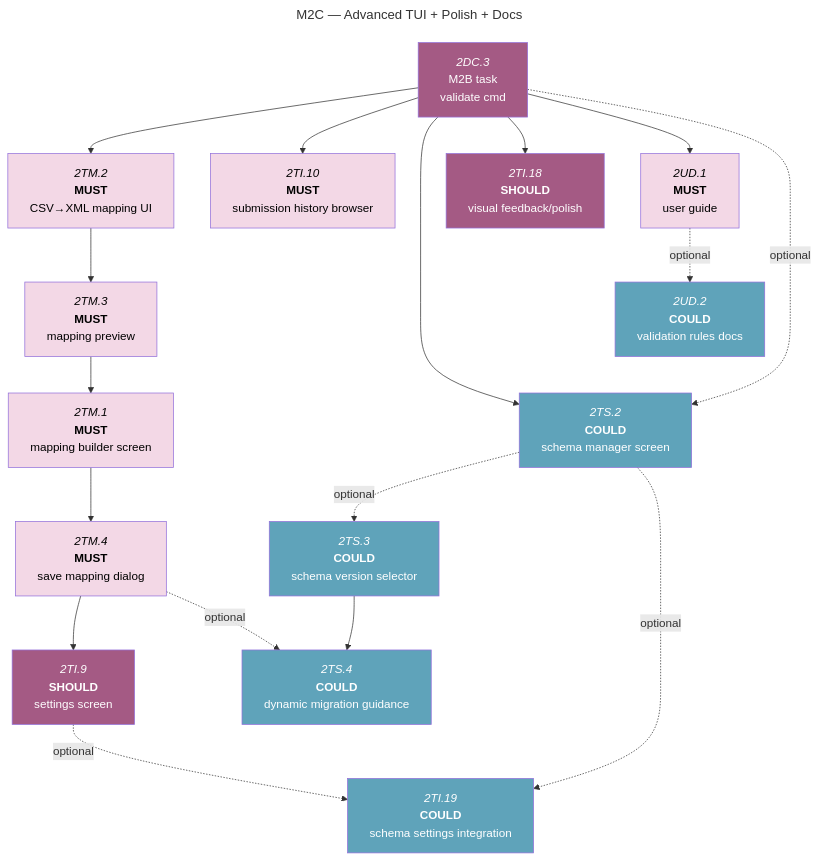
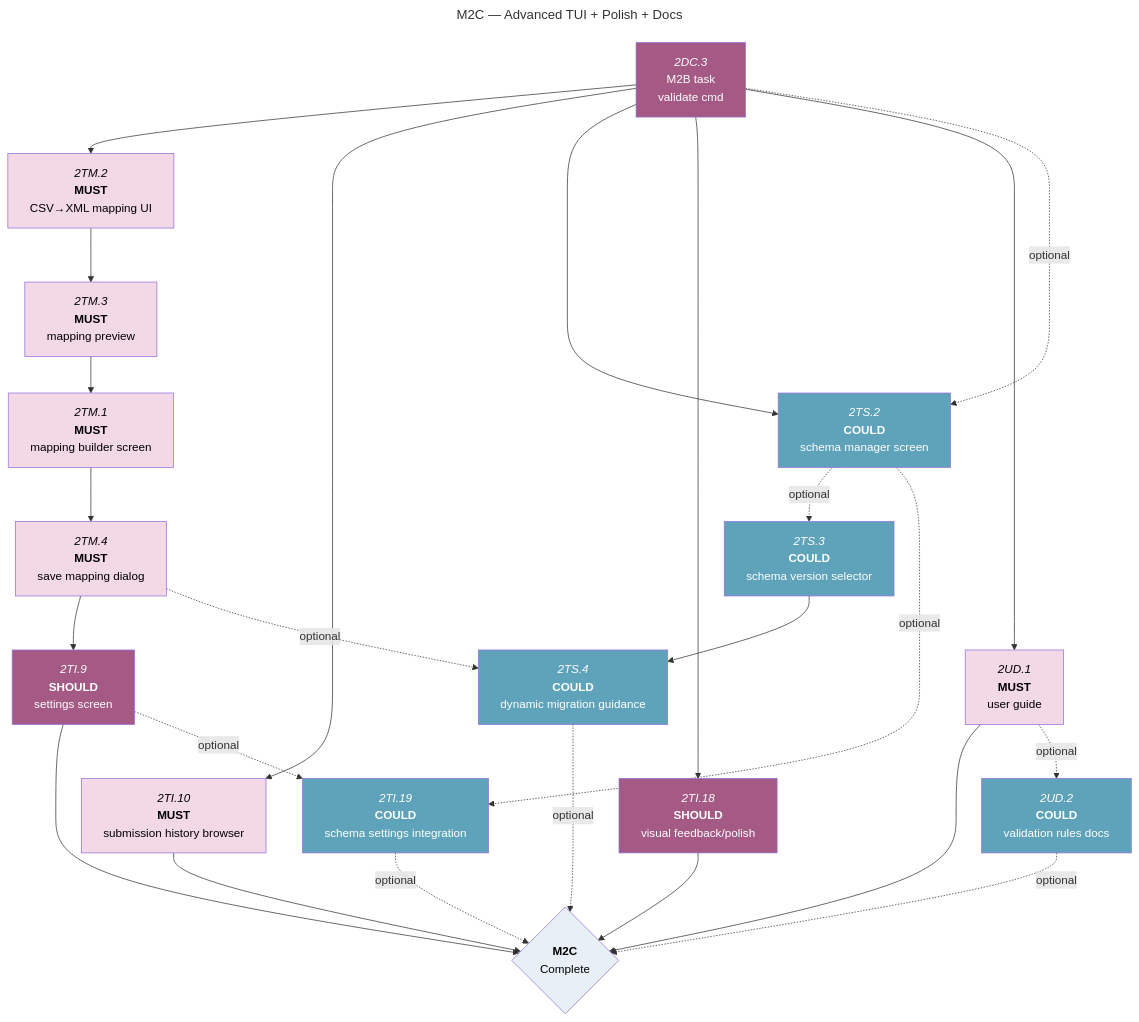
One commit to foundersandcoders/iris changed the fourth of 5 diagrams in docs/roadmaps/phase-1-mvp-features.md. Above: the diagram before and after it, drawn with Mermaid. The commit also changed other lines of this file, not shown here.

````diff
--- a/docs/roadmaps/phase-1-mvp-features.md
+++ b/docs/roadmaps/phase-1-mvp-features.md
@@ -260,44 +256,45 @@
 ```mermaid
 ---
 title: M2C — Advanced TUI + Polish + Docs
 ---
 graph TD
 
 2DC.3["`*2DC.3*<br/>M2B task<br/>validate cmd`"]:::should-blocked
 
 2DC.3 --> 2TM.2 & 2TI.10 & 2TS.2 & 2TI.18 & 2UD.1
 
 2TM.2["`*2TM.2*<br/>**MUST**<br/>CSV→XML mapping UI`"]:::must-blocked --> 2TM.3
 2TM.3["`*2TM.3*<br/>**MUST**<br/>mapping preview`"]:::must-blocked --> 2TM.1
 2TM.1["`*2TM.1*<br/>**MUST**<br/>mapping builder screen`"]:::must-blocked --> 2TM.4
 2TM.4["`*2TM.4*<br/>**MUST**<br/>save mapping dialog`"]:::must-blocked --> 2TI.9
 
 2TI.9["`*2TI.9*<br/>**SHOULD**<br/>settings screen`"]:::should-blocked
 
 2TS.2["`*2TS.2*<br/>**COULD**<br/>schema manager screen`"]:::could-blocked
 2TS.3["`*2TS.3*<br/>**COULD**<br/>schema version selector`"]:::could-blocked --> 2TS.4
 2TS.4["`*2TS.4*<br/>**COULD**<br/>dynamic migration guidance`"]:::could-blocked
 
 2TI.19["`*2TI.19*<br/>**COULD**<br/>schema settings integration`"]:::could-blocked
 
 2TI.10["`*2TI.10*<br/>**MUST**<br/>submission history browser`"]:::must-blocked
 2TI.18["`*2TI.18*<br/>**SHOULD**<br/>visual feedback/polish`"]:::should-blocked
 2UD.1["`*2UD.1*<br/>**MUST**<br/>user guide`"]:::must-blocked
 2UD.2["`*2UD.2*<br/>**COULD**<br/>validation rules docs`"]:::could-blocked
 
+%% Required dependencies %%
+2TI.9 & 2TI.10 & 2TI.18 & 2UD.1 --> phase1
+phase1{"`**M2C**<br/>Complete`"}:::mile
+
 %% Optional dependencies %%
-2UD.1 -.->| optional | 2UD.2
-2TI.9 -.->| optional | 2TI.19
-2TM.4 -.->| optional | 2TS.4
-2DC.3 -.->| optional | 2TS.2
-2TS.2 -.->| optional | 2TS.3 & 2TI.19
+2UD.1 -.->|optional| 2UD.2
+2TI.9 -.->|optional| 2TI.19
+2TM.4 -.->|optional| 2TS.4
+2DC.3 -.->|optional| 2TS.2
+2TS.2 -.->|optional| 2TS.3 & 2TI.19
+2TI.19 & 2TS.4 & 2UD.2 -.->|optional| phase1
 
-classDef must-done fill:#8B5A7D,color:#fff;
-classDef must-open fill:#D6A3BF,color:#000;
 classDef must-blocked fill:#F3D8E6,color:#000;
-classDef should-open fill:#6F2A52,color:#fff;
 classDef should-blocked fill:#A45A84,color:#fff;
-classDef could-open fill:#3E7F96,color:#fff;
 classDef could-blocked fill:#5FA3BA,color:#fff;
 classDef mile fill:#E8EFF6,color:#000;
 ```
````
